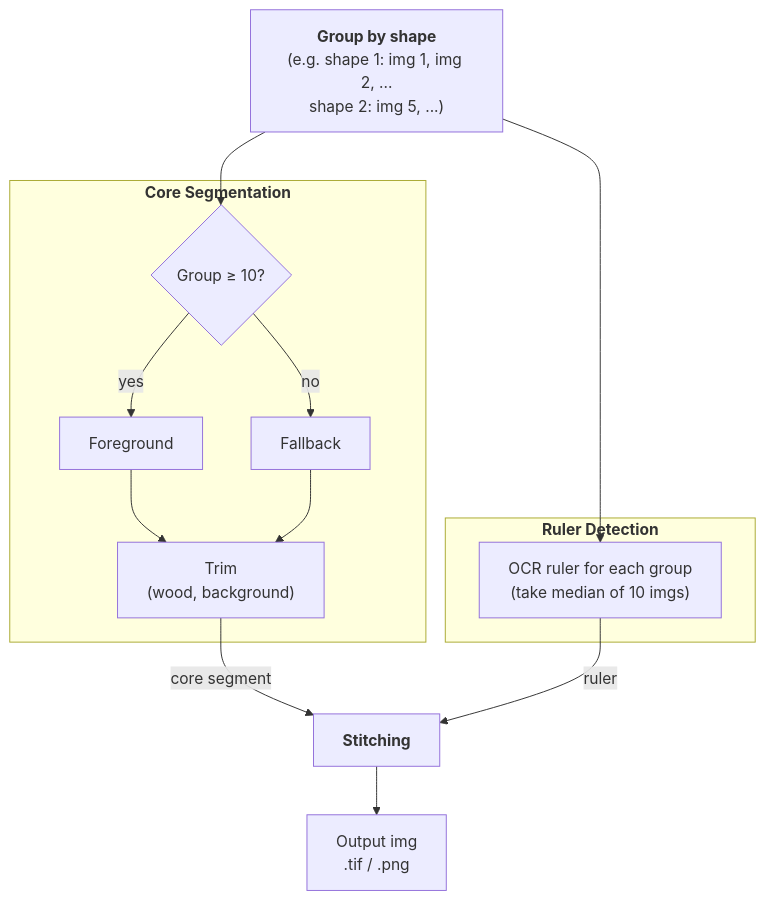
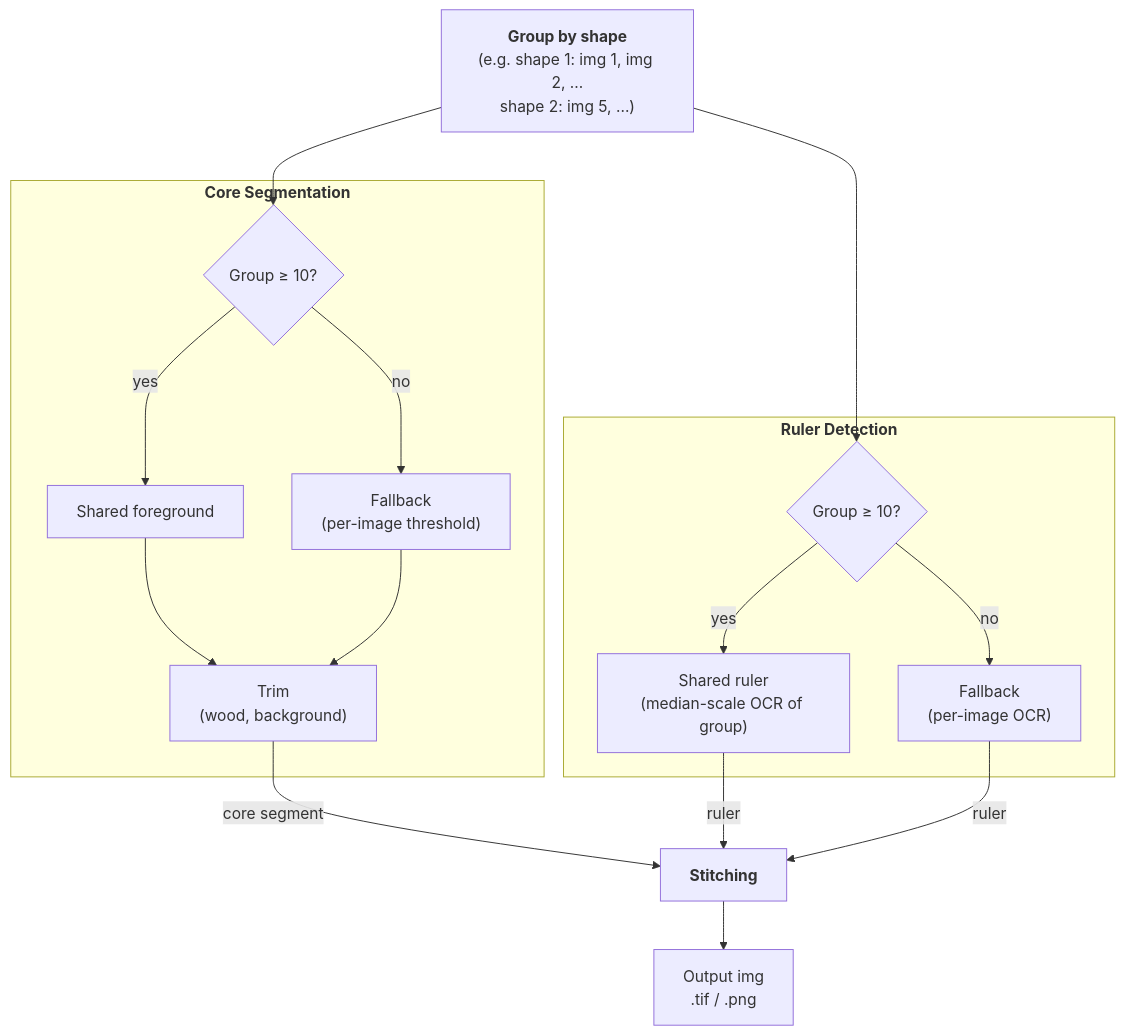
One commit to swisstopo/swissgeol-boreholes-photo-processor changed the diagram in ARCHITECTURE.md. Above: the diagram before and after it, drawn with Mermaid. The commit also changed other lines of this file, not shown here.

First line of the commit message:
docs(architecture): sync segmentation section with code and trim scope

````diff
--- a/ARCHITECTURE.md
+++ b/ARCHITECTURE.md
@@ -42,26 +45,30 @@
 ```mermaid
 flowchart TD
     A["`**Group by shape**
 (e.g. shape 1: img 1, img 2, ...
 shape 2: img 5, ...)`"]
     A --> C{"Group ≥ 10?"}
-    A --> R["OCR ruler for each group
-(take median of 10 imgs)"]
+    A --> C2{"Group ≥ 10?"}
 
     subgraph CoreSeg ["`**Core Segmentation**`"]
-        C -->|yes| D[Foreground]
-        C -->|no| E[Fallback]
+        C -->|yes| D[Shared foreground]
+        C -->|no| E["Fallback
+(per-image threshold)"]
         D --> F["Trim
 (wood, background)"]
         E --> F
     end
 
     subgraph RulerDet ["`**Ruler Detection**`"]
-        R
+        C2 -->|yes| G["Shared ruler
+(median-scale OCR of group)"]
+        C2 -->|no| H["Fallback
+(per-image OCR)"]
     end
 
     F -->|core segment| S["`**Stitching**`"]
-    R -->|ruler| S
+    G -->|ruler| S
+    H -->|ruler| S
     S --> O["Output img
 .tif / .png"]
 ```
````
